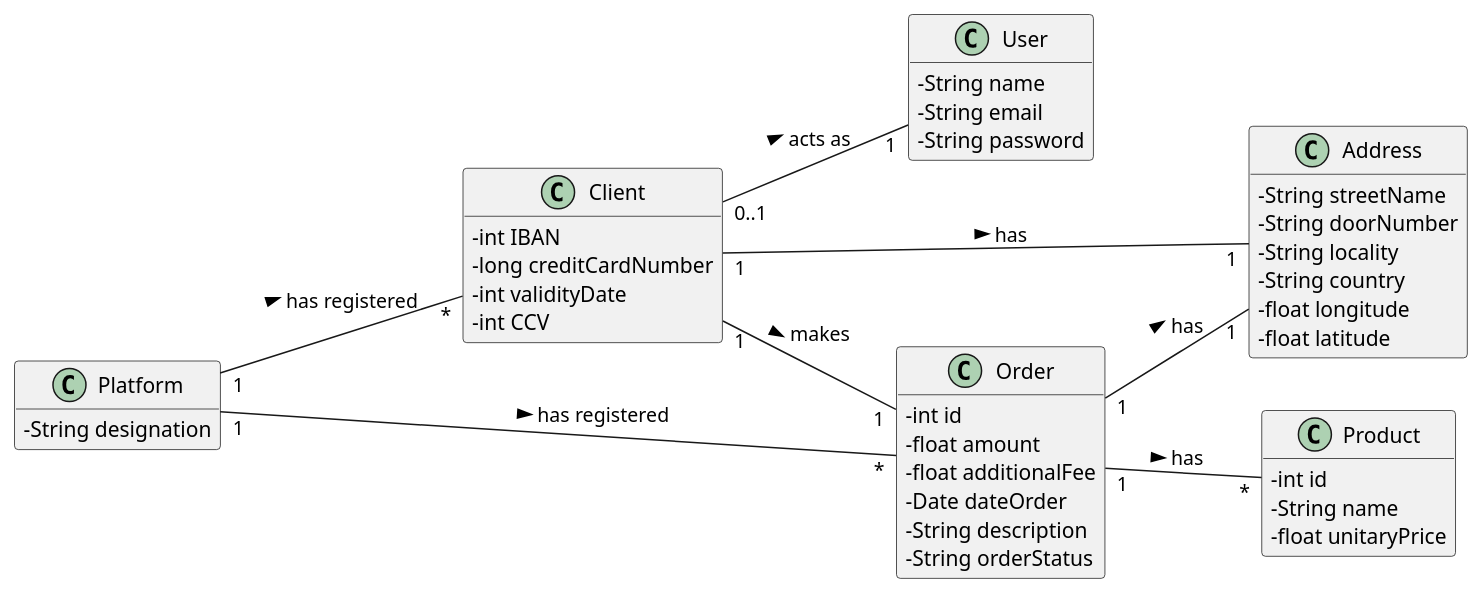
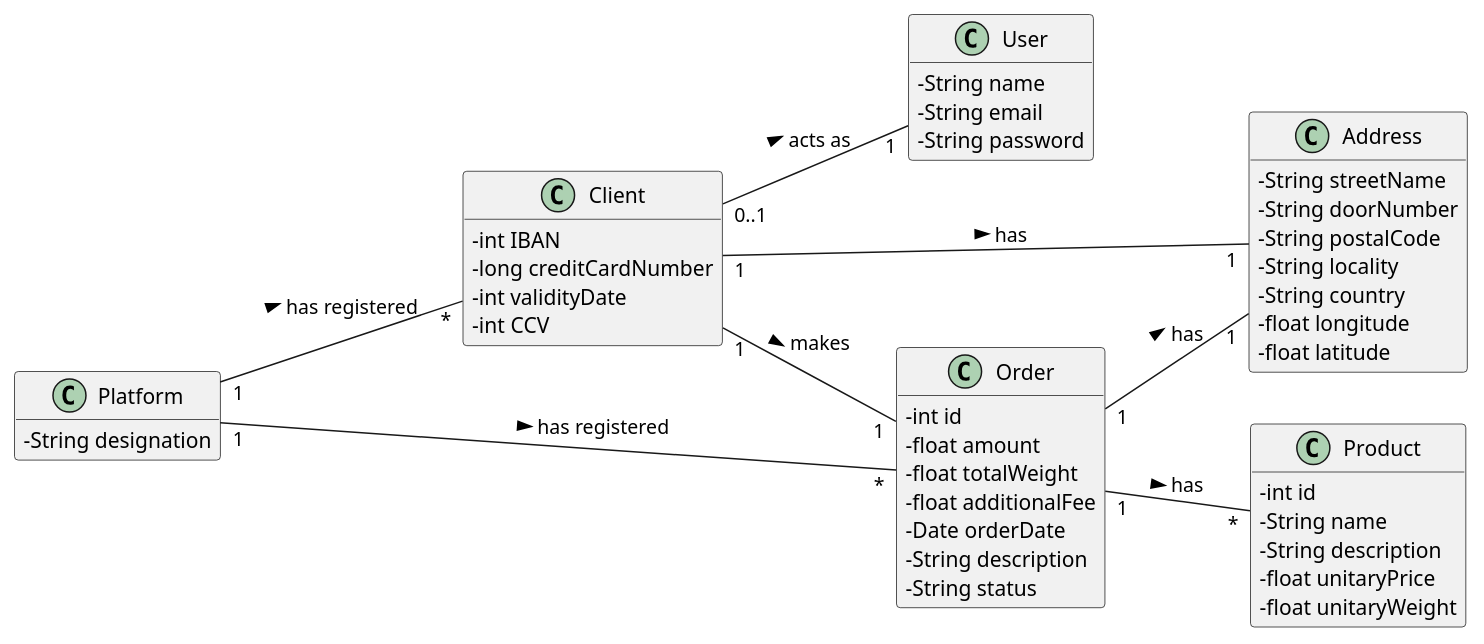
Before and after one commit to tiagoavcosta25/LAPR3: the diagram in docs/Iteration 1/Make An Order/US25_MakeAnOrder/US25_DM.puml, drawn with PlantUML. The commit also changed 1 other file, not shown here.

Commit message:
LAPR2AP2-25 #fixing Make An Order [Analysis]

```diff
--- a/docs/Iteration 1/Make An Order/US25_MakeAnOrder/US25_DM.puml
+++ b/docs/Iteration 1/Make An Order/US25_MakeAnOrder/US25_DM.puml
@@ -1,53 +1,57 @@
 @startuml
 skinparam classAttributeIconSize 0
 hide methods
 left to right direction
 
 class Platform {
 -   String designation
 }
 class Client{
 -   int IBAN
 -   long creditCardNumber
 -   int validityDate
 -   int CCV
 }
 
 class User{
 -   String name
 -   String email
 -   String password
 }
 
 class Address{
 -   String streetName
 -   String doorNumber
+-   String postalCode
 -   String locality
 -   String country
 -   float longitude
 -   float latitude
 }
 
 class Order{
 -   int id
 -   float amount
+-   float totalWeight
 -   float additionalFee
--   Date dateOrder
+-   Date orderDate
 -   String description
--   String orderStatus
+-   String status
 }
 
 class Product{
 -   int id
 -   String name
+-   String description
 -   float unitaryPrice
+-   float unitaryWeight
 }
 
 Platform "1" -- "*" Client : has registered >
 Platform "1" -- "*" Order : has registered >
 Order "1" -- "*" Product : has >
 Client "0..1" -- "1" User: acts as >
 Client "1" -- "1" Order : makes >
 Client "1" -- "1" Address : has >
 Order "1" -- "1" Address : has >
 @enduml
```
